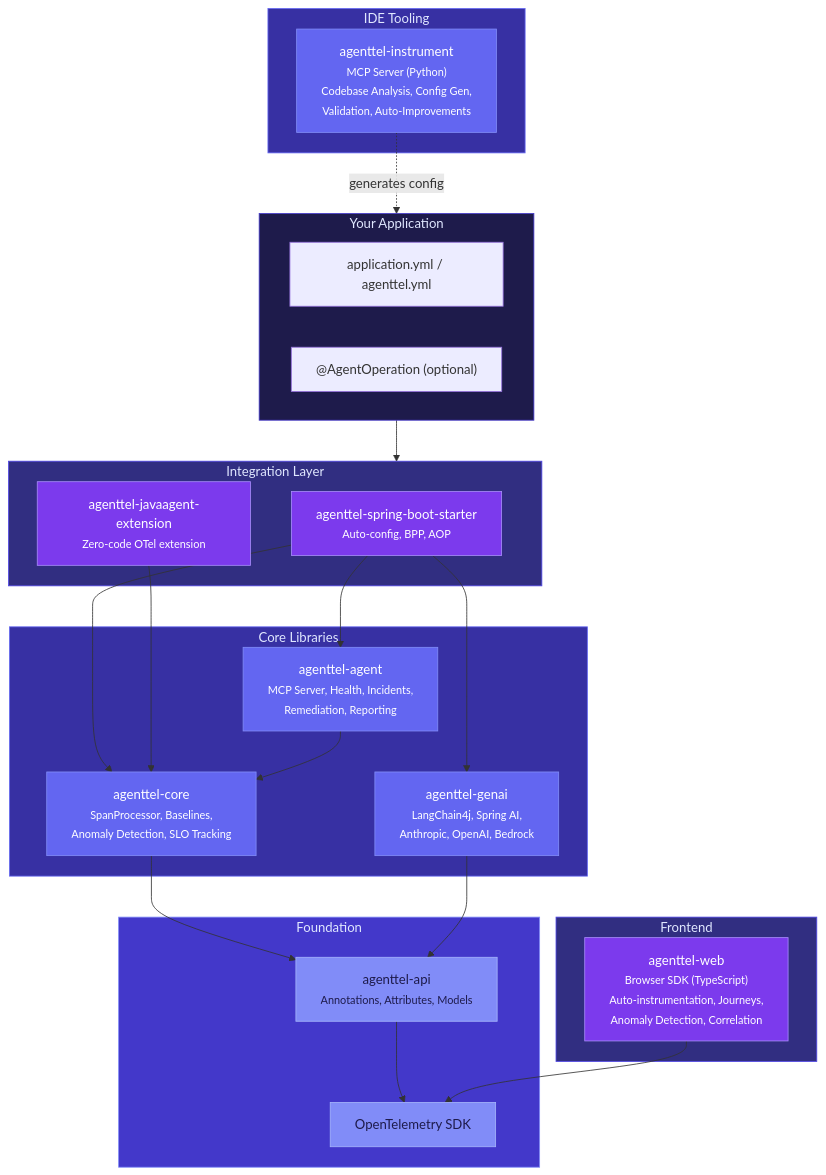
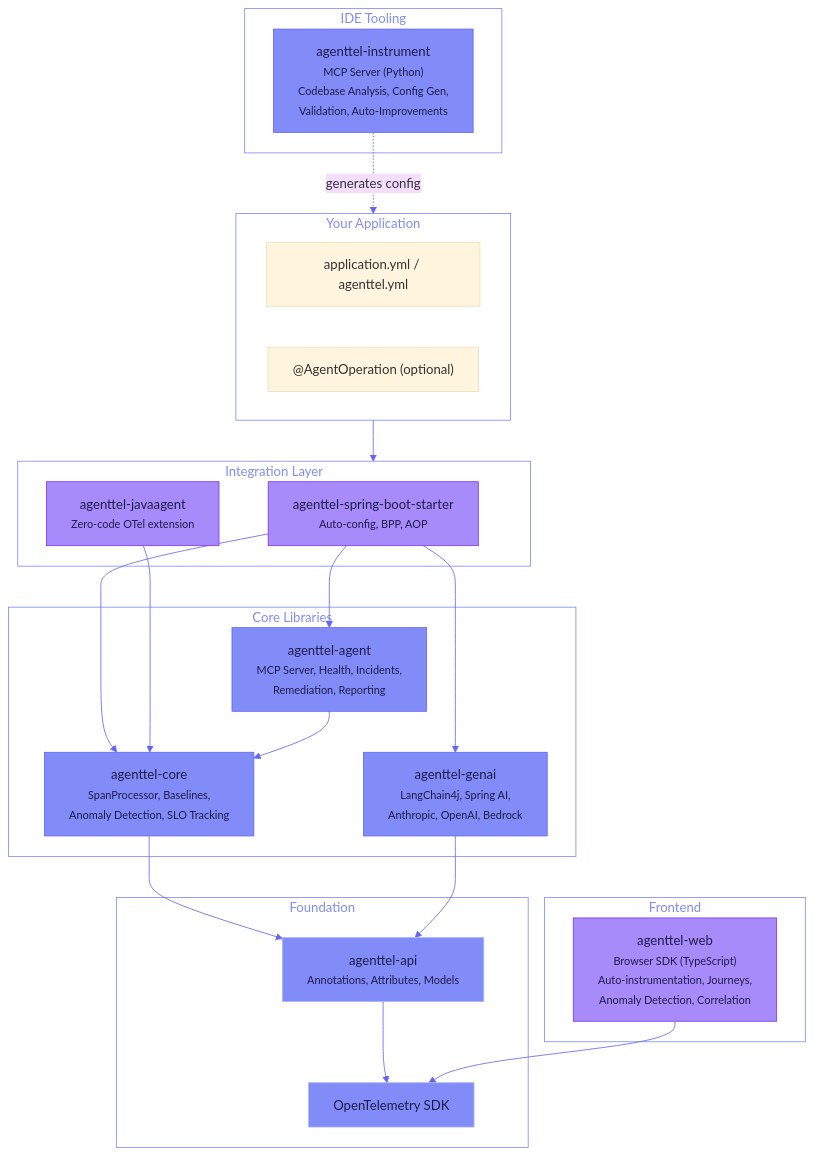
The second of 2 diagrams in docs/index.md (rrohitramsen/AgentTel), drawn with Mermaid before and after one commit. The commit also changed other lines of this file and 44 other files, not shown here.

````diff
--- a/docs/index.md
+++ b/docs/index.md
@@ -165,59 +176,60 @@
 ```mermaid
+%%{init: {'theme': 'base', 'themeVariables': {'lineColor': '#6366f1'}}}%%
 graph TB
     subgraph App["Your Application"]
         YML["application.yml / agenttel.yml"]
         ANN["@AgentOperation (optional)"]
     end
 
     subgraph Frontend["Frontend"]
         WEB["agenttel-web<br/><small>Browser SDK (TypeScript)<br/>Auto-instrumentation, Journeys,<br/>Anomaly Detection, Correlation</small>"]
     end
 
     subgraph Integration["Integration Layer"]
         SBS["agenttel-spring-boot-starter<br/><small>Auto-config, BPP, AOP</small>"]
-        JAE["agenttel-javaagent-extension<br/><small>Zero-code OTel extension</small>"]
+        JAE["agenttel-javaagent<br/><small>Zero-code OTel extension</small>"]
     end
 
     subgraph Core["Core Libraries"]
         COR["agenttel-core<br/><small>SpanProcessor, Baselines,<br/>Anomaly Detection, SLO Tracking</small>"]
         GEN["agenttel-genai<br/><small>LangChain4j, Spring AI,<br/>Anthropic, OpenAI, Bedrock</small>"]
         AGT["agenttel-agent<br/><small>MCP Server, Health, Incidents,<br/>Remediation, Reporting</small>"]
     end
 
     subgraph Tooling["IDE Tooling"]
         INS["agenttel-instrument<br/><small>MCP Server (Python)<br/>Codebase Analysis, Config Gen,<br/>Validation, Auto-Improvements</small>"]
     end
 
     subgraph Foundation["Foundation"]
         API["agenttel-api<br/><small>Annotations, Attributes, Models</small>"]
         OTEL["OpenTelemetry SDK"]
     end
 
     App --> Integration
     SBS --> COR
     SBS --> GEN
     SBS --> AGT
     JAE --> COR
     COR --> API
     GEN --> API
     AGT --> COR
     API --> OTEL
     WEB --> OTEL
     INS -.->|"generates config"| App
 
-    style App fill:#1e1b4b,stroke:#4338ca,color:#e0e7ff
-    style Frontend fill:#312e81,stroke:#4f46e5,color:#e0e7ff
-    style Integration fill:#312e81,stroke:#4f46e5,color:#e0e7ff
-    style Core fill:#3730a3,stroke:#6366f1,color:#e0e7ff
-    style Tooling fill:#3730a3,stroke:#6366f1,color:#e0e7ff
-    style Foundation fill:#4338ca,stroke:#818cf8,color:#e0e7ff
-    style SBS fill:#7c3aed,stroke:#a78bfa,color:#fff
-    style JAE fill:#7c3aed,stroke:#a78bfa,color:#fff
-    style WEB fill:#7c3aed,stroke:#a78bfa,color:#fff
-    style INS fill:#6366f1,stroke:#818cf8,color:#fff
-    style COR fill:#6366f1,stroke:#818cf8,color:#fff
-    style GEN fill:#6366f1,stroke:#818cf8,color:#fff
-    style AGT fill:#6366f1,stroke:#818cf8,color:#fff
+    style App fill:none,stroke:#818cf8,color:#818cf8
+    style Frontend fill:none,stroke:#818cf8,color:#818cf8
+    style Integration fill:none,stroke:#818cf8,color:#818cf8
+    style Core fill:none,stroke:#818cf8,color:#818cf8
+    style Tooling fill:none,stroke:#818cf8,color:#818cf8
+    style Foundation fill:none,stroke:#818cf8,color:#818cf8
+    style SBS fill:#a78bfa,stroke:#7c3aed,color:#1e1b4b
+    style JAE fill:#a78bfa,stroke:#7c3aed,color:#1e1b4b
+    style WEB fill:#a78bfa,stroke:#7c3aed,color:#1e1b4b
+    style INS fill:#818cf8,stroke:#6366f1,color:#1e1b4b
+    style COR fill:#818cf8,stroke:#6366f1,color:#1e1b4b
+    style GEN fill:#818cf8,stroke:#6366f1,color:#1e1b4b
+    style AGT fill:#818cf8,stroke:#6366f1,color:#1e1b4b
     style API fill:#818cf8,stroke:#a5b4fc,color:#1e1b4b
     style OTEL fill:#818cf8,stroke:#a5b4fc,color:#1e1b4b
 ```
````
